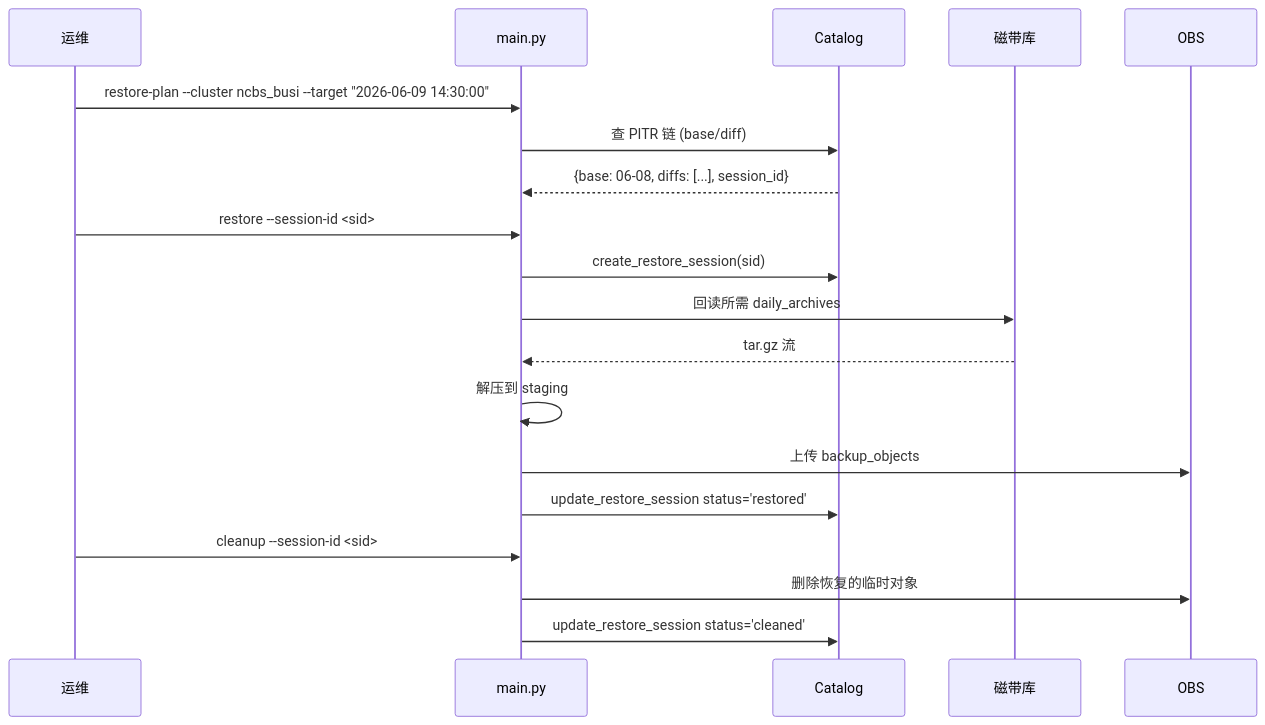
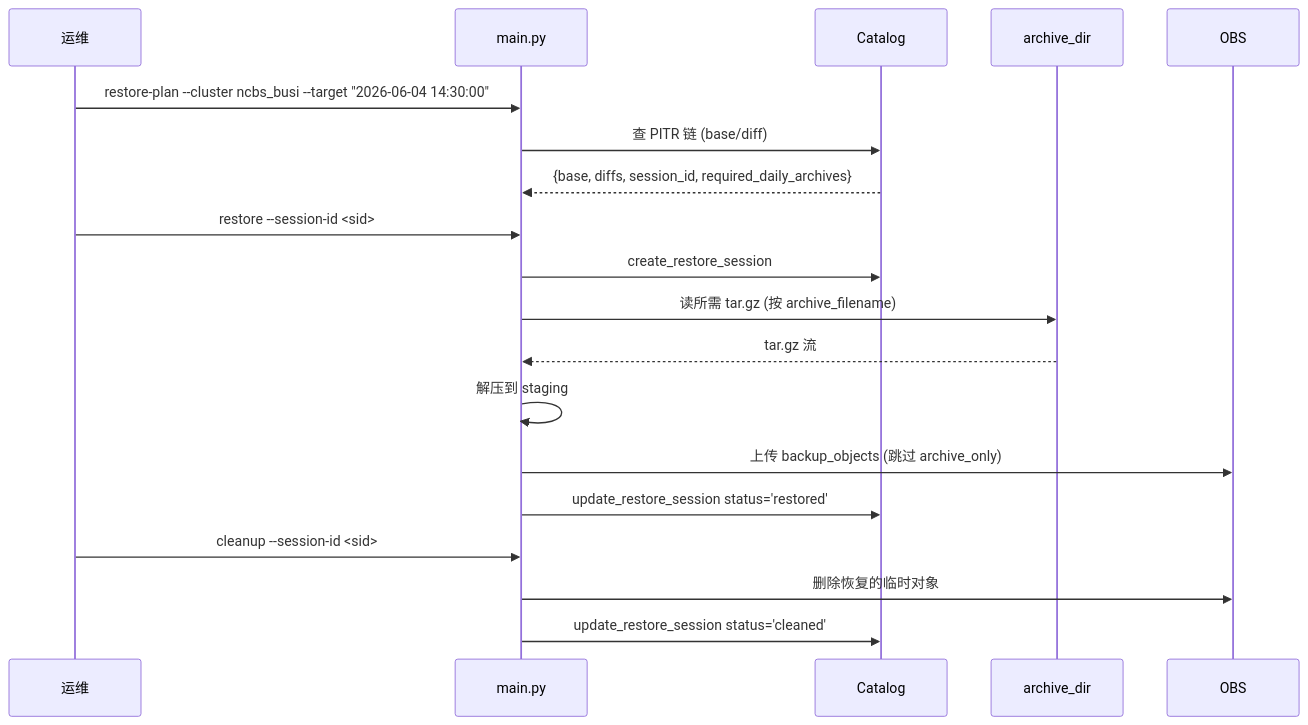
The second of 2 diagrams in README.md (opswm/gaussdb-obs-tape-archive), drawn with Mermaid before and after one commit. The commit also changed other lines of this file and 7 other files, not shown here.

````diff
--- a/README.md
+++ b/README.md
@@ -153,22 +185,22 @@
 ```mermaid
 sequenceDiagram
     participant Op as 运维
     participant CLI as main.py
     participant Cat as Catalog
-    participant Tape as 磁带库
+    participant AD as archive_dir
     participant OBS as OBS
 
-    Op->>CLI: restore-plan --cluster ncbs_busi --target "2026-06-09 14:30:00"
+    Op->>CLI: restore-plan --cluster ncbs_busi --target "2026-06-04 14:30:00"
     CLI->>Cat: 查 PITR 链 (base/diff)
-    Cat-->>CLI: {base: 06-08, diffs: [...], session_id}
+    Cat-->>CLI: {base, diffs, session_id, required_daily_archives}
     Op->>CLI: restore --session-id <sid>
-    CLI->>Cat: create_restore_session(sid)
-    CLI->>Tape: 回读所需 daily_archives
-    Tape-->>CLI: tar.gz 流
+    CLI->>Cat: create_restore_session
+    CLI->>AD: 读所需 tar.gz (按 archive_filename)
+    AD-->>CLI: tar.gz 流
     CLI->>CLI: 解压到 staging
-    CLI->>OBS: 上传 backup_objects
+    CLI->>OBS: 上传 backup_objects (跳过 archive_only)
     CLI->>Cat: update_restore_session status='restored'
     Op->>CLI: cleanup --session-id <sid>
     CLI->>OBS: 删除恢复的临时对象
     CLI->>Cat: update_restore_session status='cleaned'
 ```
````
